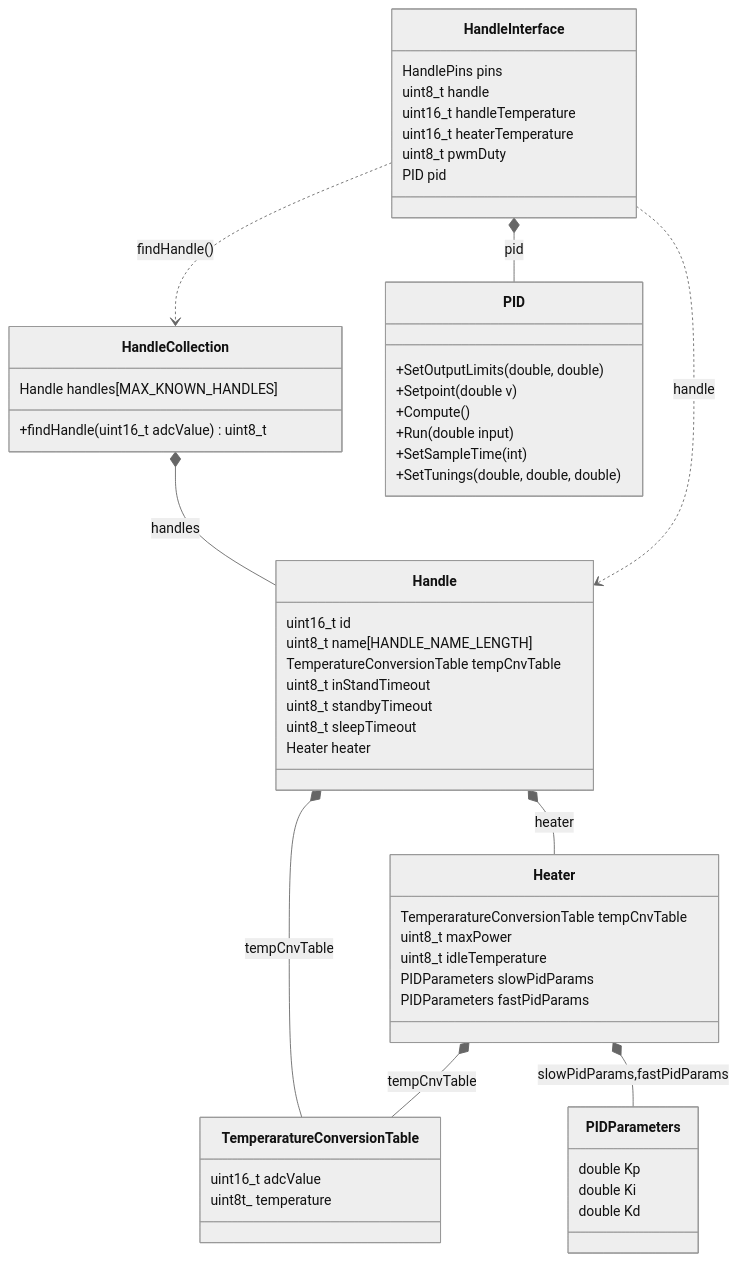
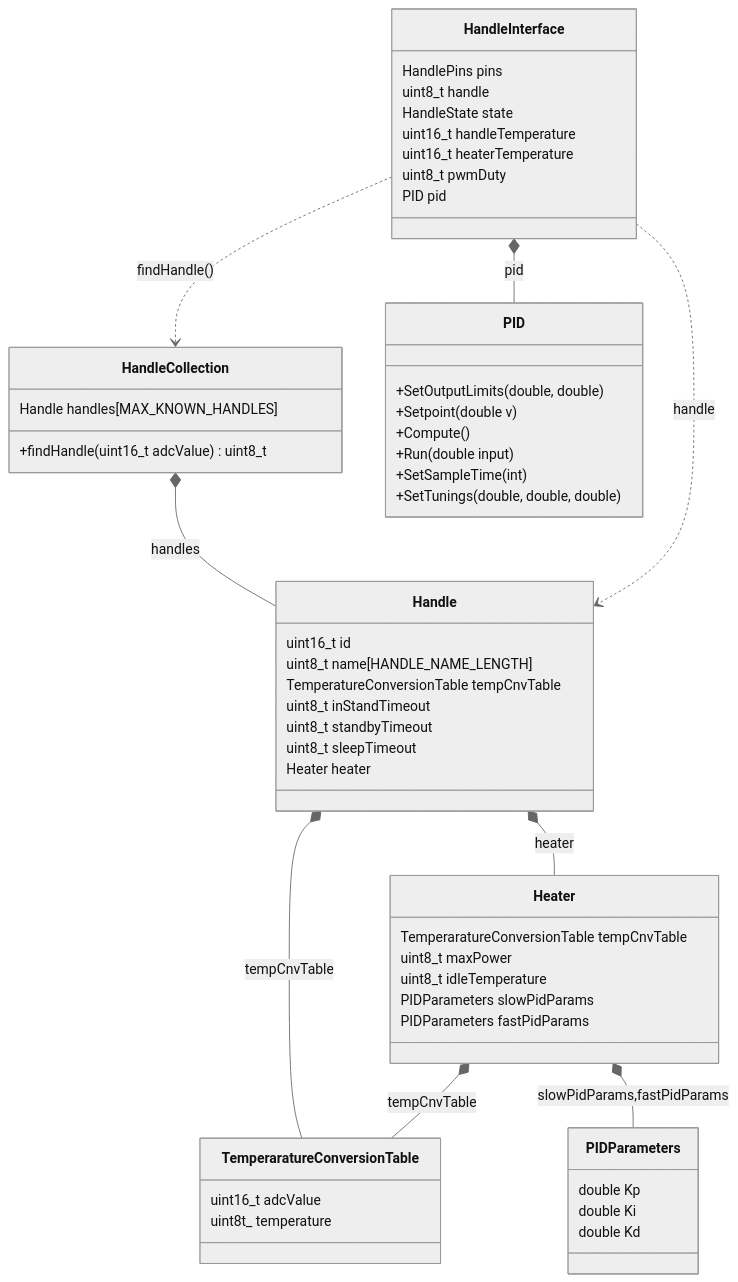
Before and after one commit to flobirn/actidriver: the diagram in docs/classes.md, drawn with Mermaid (neutral theme).

````diff
--- a/docs/classes.md
+++ b/docs/classes.md
@@ -1,68 +1,69 @@
 ```mermaid
 classDiagram
     class Handle {
         uint16_t id
         uint8_t name[HANDLE_NAME_LENGTH]
         TemperatureConversionTable tempCnvTable
         uint8_t inStandTimeout
         uint8_t standbyTimeout
         uint8_t sleepTimeout
         Heater heater
     }
 
     class TemperaratureConversionTable {
         uint16_t adcValue
         uint8t_ temperature
     }
 
     Handle *-- TemperaratureConversionTable :tempCnvTable
 
     class Heater {
         TemperaratureConversionTable tempCnvTable
         uint8_t maxPower
         uint8_t idleTemperature
         PIDParameters slowPidParams
         PIDParameters fastPidParams
     }
 
     class PIDParameters {
         double Kp
         double Ki
         double Kd
     }
 
     Heater *-- PIDParameters : slowPidParams,fastPidParams
 
     Handle *-- Heater : heater
     Heater *-- TemperaratureConversionTable : tempCnvTable
 
     class HandleCollection {
         Handle handles[MAX_KNOWN_HANDLES]
         +findHandle(uint16_t adcValue) uint8_t
     }
 
     HandleCollection *-- Handle : handles
 
     class HandleInterface {
         HandlePins pins
         uint8_t handle
+        HandleState state
         uint16_t handleTemperature
         uint16_t heaterTemperature
         uint8_t  pwmDuty
         PID pid
     }
 
     class PID {
         +SetOutputLimits(double, double)
         +Setpoint(double v)
         +Compute()
         +Run(double input)
         +SetSampleTime(int)
         +SetTunings(double, double, double)
     }
 
     HandleInterface ..> HandleCollection : findHandle()
     HandleInterface ..> Handle : handle
 
     HandleInterface *-- PID : pid
 ```
````
